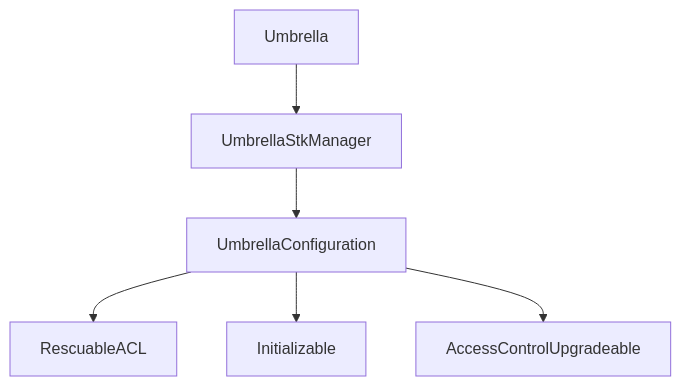
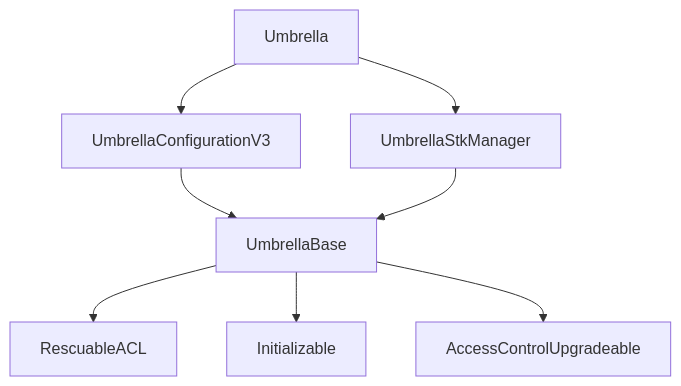
The diagram in src/contracts/umbrella/README.md (aave-dao/aave-umbrella), drawn with Mermaid before and after one commit. The commit also changed other lines of this file and 35 other files, not shown here.

````diff
--- a/src/contracts/umbrella/README.md
+++ b/src/contracts/umbrella/README.md
@@ -46,8 +47,10 @@
 ```mermaid
 graph TD;
- UmbrellaConfiguration-->RescuableACL;
- UmbrellaConfiguration-->Initializable;
- UmbrellaConfiguration-->AccessControlUpgradeable;
- UmbrellaStkManager-->UmbrellaConfiguration;
+ UmbrellaBase-->RescuableACL;
+ UmbrellaBase-->Initializable;
+ UmbrellaBase-->AccessControlUpgradeable;
+ UmbrellaConfigurationV3-->UmbrellaBase;
+ UmbrellaStkManager-->UmbrellaBase;
+ Umbrella-->UmbrellaConfigurationV3;
  Umbrella-->UmbrellaStkManager;
 ```
````
